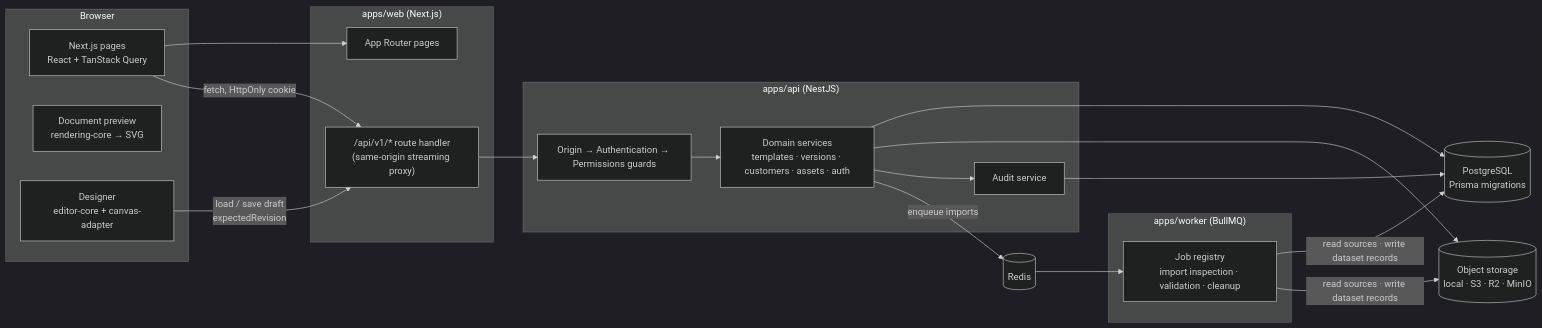
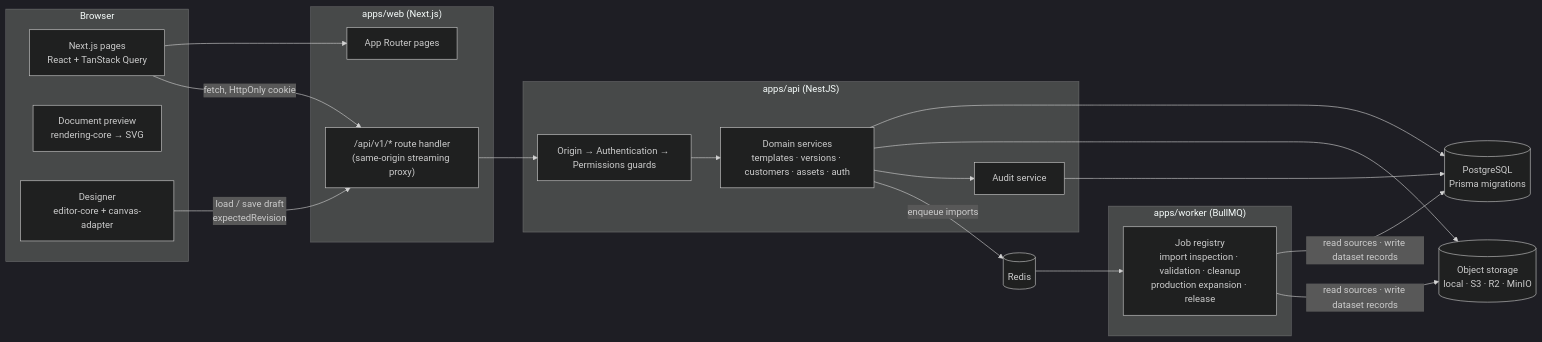
Before and after one commit to shuvo1s/SmartTag: the first of 2 diagrams in docs/architecture.md, drawn with Mermaid (dark theme). The commit also changed other lines of this file and 12 other files, not shown here.

First line of the commit message:
docs: production jobs, instances, sequences and the manifest

````diff
--- a/docs/architecture.md
+++ b/docs/architecture.md
@@ -13,36 +13,36 @@
 ```mermaid
 flowchart LR
   subgraph Browser
     UI[Next.js pages<br/>React + TanStack Query]
     Preview[Document preview<br/>rendering-core → SVG]
     Designer[Designer<br/>editor-core + canvas-adapter]
   end
 
   subgraph "apps/web (Next.js)"
     Pages[App Router pages]
     Proxy["/api/v1/* route handler<br/>(same-origin streaming proxy)"]
   end
 
   subgraph "apps/api (NestJS)"
     Guards[Origin → Authentication → Permissions guards]
     Services[Domain services<br/>templates · versions · customers · assets · auth]
     Audit[Audit service]
   end
 
   subgraph "apps/worker (BullMQ)"
-    Jobs[Job registry<br/>import inspection · validation · cleanup]
+    Jobs[Job registry<br/>import inspection · validation · cleanup<br/>production expansion · release]
   end
 
   DB[(PostgreSQL<br/>Prisma migrations)]
   Store[(Object storage<br/>local · S3 · R2 · MinIO)]
   Redis[(Redis)]
 
   UI --> Pages
   Designer -->|load / save draft<br/>expectedRevision| Proxy
   UI -->|fetch, HttpOnly cookie| Proxy --> Guards --> Services
   Services --> DB
   Services --> Store
   Services --> Audit --> DB
   Services -- enqueue imports --> Redis --> Jobs
   Jobs -- read sources · write dataset records --> DB & Store
 ```
````
